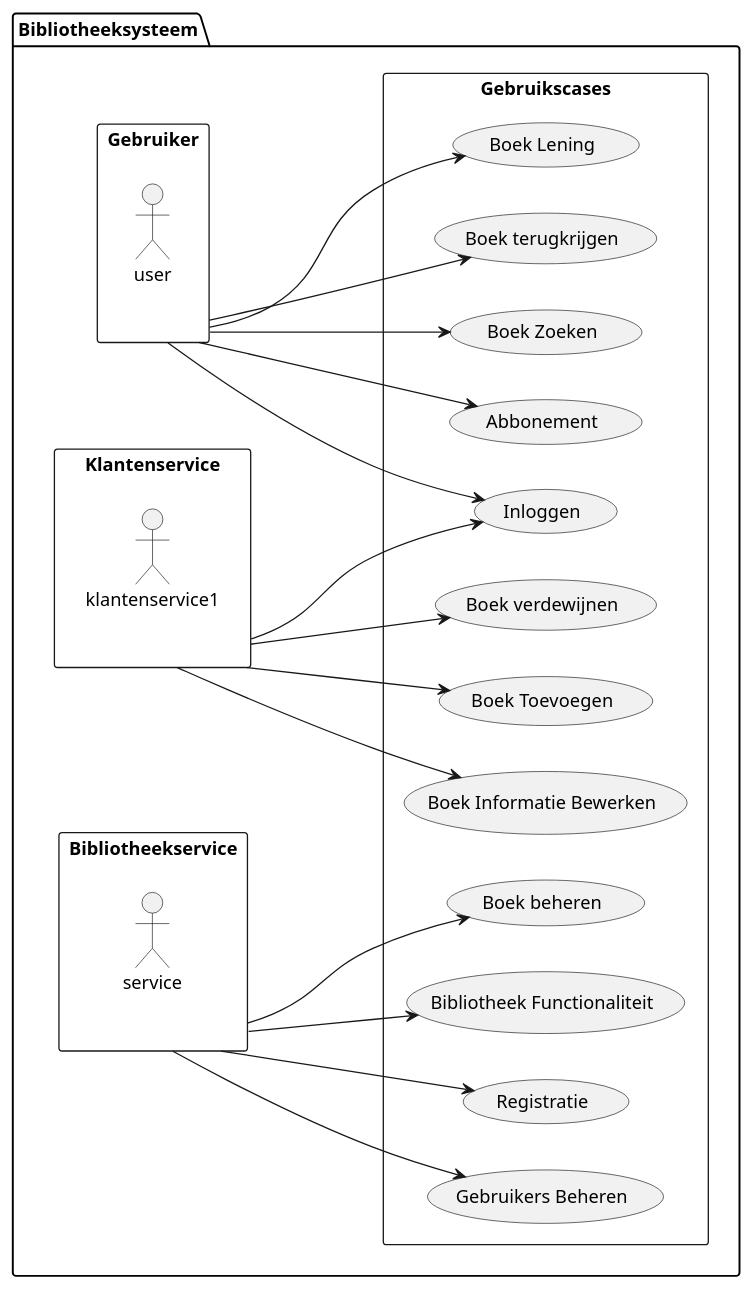
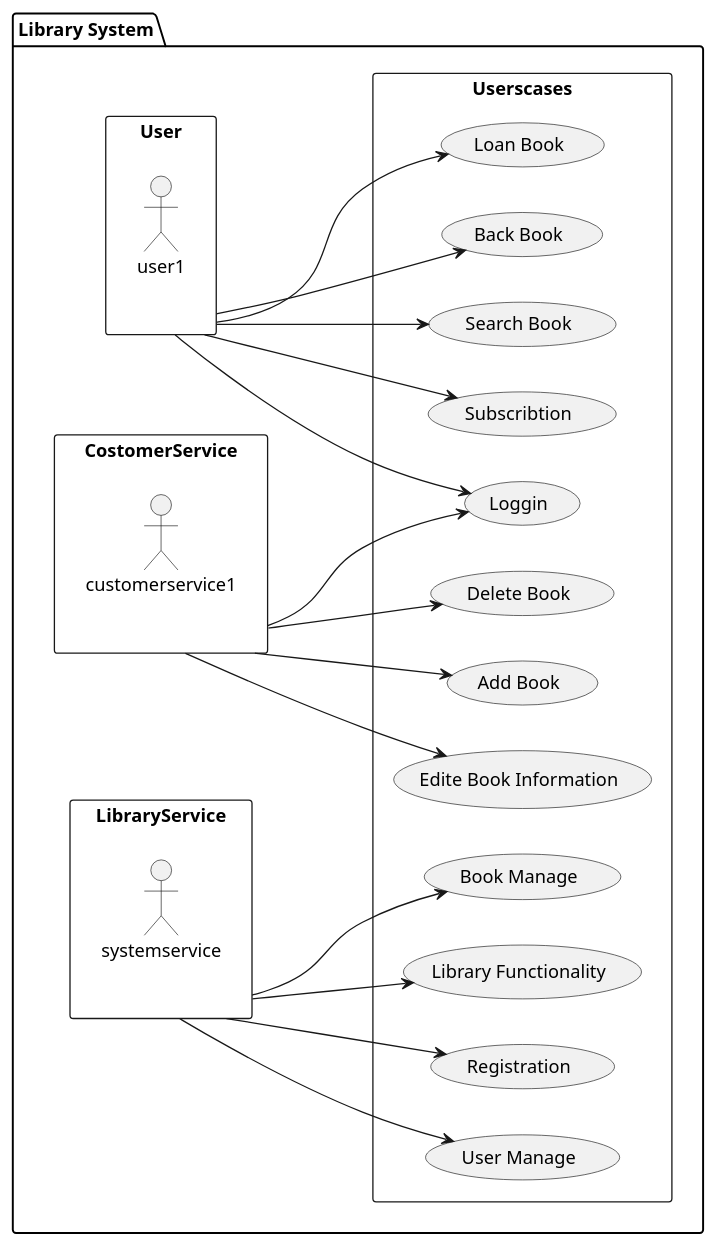
The diagram in src/main/java/AnalyseLibrarySystem/Usecase_Bibliotheek.puml (JananJavdan/BibliotheekSysteem), drawn with PlantUML before and after one commit. The commit also changed other lines of this file and 17 other files, not shown here.

```diff
--- a/src/main/java/AnalyseLibrarySystem/Usecase_Bibliotheek.puml
+++ b/src/main/java/AnalyseLibrarySystem/Usecase_Bibliotheek.puml
@@ -1,57 +1,60 @@
 @startuml
 left to right direction
 
-package "Bibliotheeksysteem" {
-  rectangle "Gebruiker" as gebruiker {
-    :user:
+package "Library System" {
+  rectangle "User" as user {
+   :user1:
   }
-  rectangle "Gebruikscases" as usecases {
-    (Boek Zoeken) as zoek
-    (Boek terugkrijgen) as terugkrijgen
-    (Boek Lening) as lening
-    (Inloggen) as gebruikerInloggen
-    (Abbonement) as (abbonment)
+  rectangle "Userscases" as usecases {
+    (Search Book) as search
+    (Back Book) as back
+    (Loan Book) as loen
+    (Loggin) as userloggin
+    (Subscribtion) as (subscribtion)
 
   }
-  gebruiker ---> (zoek)
-  gebruiker --->(terugkrijgen)
-  gebruiker ---> (lening)
-  gebruiker ---> (gebruikerInloggen)
-  gebruiker ---> (abbonment)
+  user ---> (search)
+  user --->(back)
+  user ---> (loen)
+  user ---> (userloggin)
+  user ---> (subscribtion)
 
-  rectangle "Klantenservice" as klantenservice {
-      :klantenservice1:
+  rectangle "CostomerService" as customerservice {
+      :customerservice1:
     }
 
-    rectangle "Gebruikscases" as usecases {
+    rectangle "Userscases" as usecases {
 
-      (Boek Informatie Bewerken) as boekinformatiebewerken
-      (Boek Toevoegen) as toevoegen
-      (Boek verdewijnen) as verdewijnen
+      (Edite Book Information) as (editebookinformation)
+      (Add Book) as addbook
+      (Delete Book) as deletebook
+
 
     }
 
-    klantenservice ---> (gebruikerInloggen)
-    klantenservice ---> (boekinformatiebewerken)
-    klantenservice ---> (toevoegen)
-    klantenservice --->  (verdewijnen)
+    customerservice ---> (userloggin)
+    customerservice ---> (editebookinformation)
+    customerservice ---> (addbook)
+    customerservice --->  (deletebook)
 
 
-rectangle "Bibliotheekservice" as bibliotheekservice {
-    :service:
+rectangle "LibraryService" as libraryservice {
+    :systemservice:
   }
 
-  rectangle "Gebruikscases" as usecases {
-    (Boek beheren) as (boekbeheren)
-    (Gebruikers Beheren) as gebruikerbeheren
-     (Registratie) as (registratie)
-     (Bibliotheek Functionaliteit) as functionaliteit
+  rectangle "Userscases" as usecases {
+
+    (Book Manage) as (bookmanage)
+    (User Manage) as (usermanage)
+     (Registration) as (registration)
+     (Library Functionality) as (libraryfunctionality)
+
 
   }
-  bibliotheekservice ---> (registratie)
+  libraryservice ---> (registration)
 
-  bibliotheekservice ---> (boekbeheren)
-  bibliotheekservice ---> (gebruikerbeheren)
-  bibliotheekservice ---> (functionaliteit)
+  libraryservice ---> (bookmanage)
+  libraryservice ---> (usermanage)
+  libraryservice ---> (libraryfunctionality)
 
 @enduml
```
